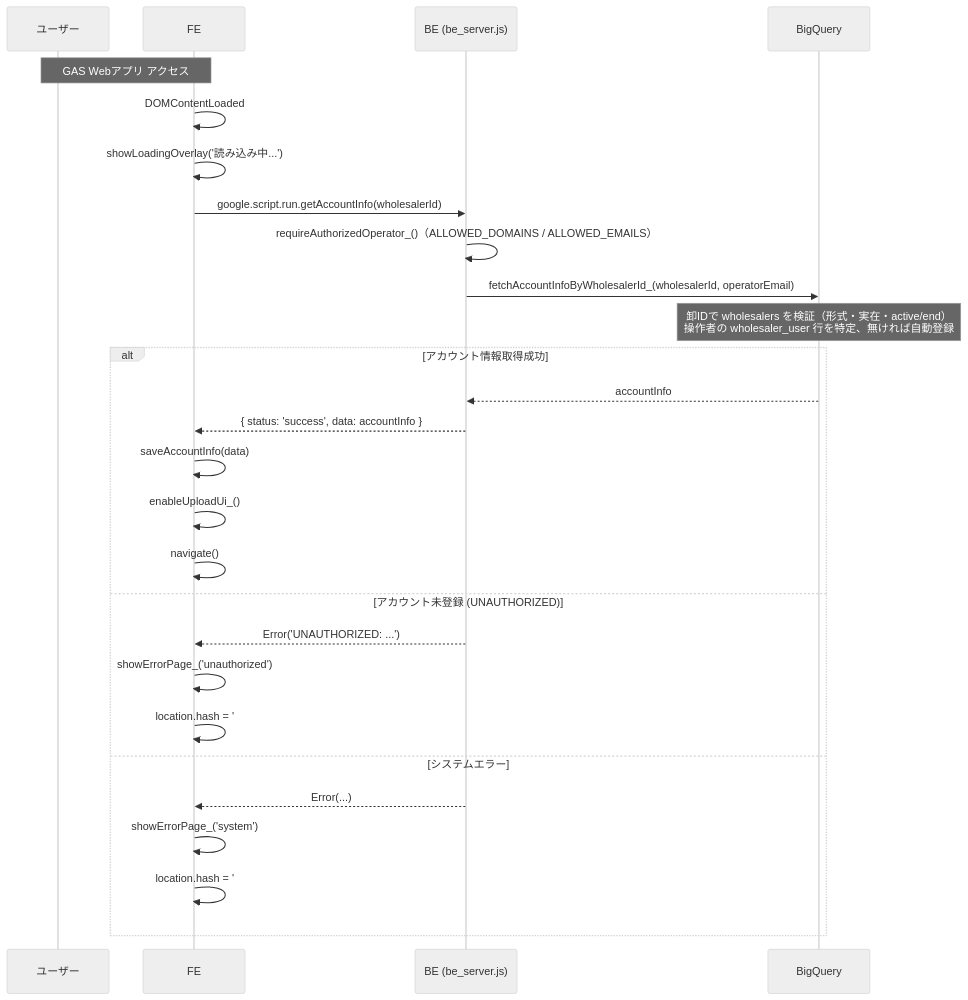
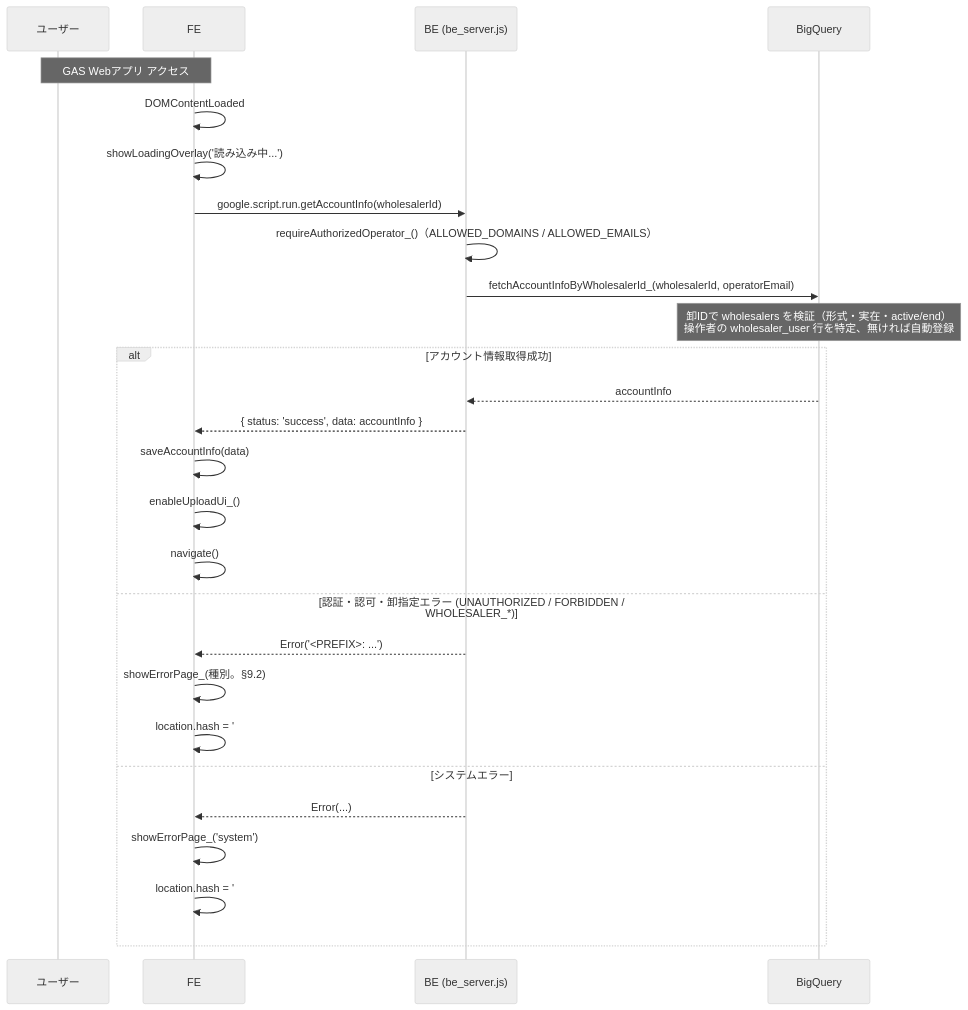
Before and after one commit to USEN-PAY-Products/connect-wholesale-gas-poc: the sixth of 12 diagrams in docs/specifications/05_common.md, drawn with Mermaid (neutral theme). The commit also changed other lines of this file and 8 other files, not shown here.

````diff
--- a/docs/specifications/05_common.md
+++ b/docs/specifications/05_common.md
@@ -231,32 +234,32 @@
 ```mermaid
 sequenceDiagram
     participant U as ユーザー
     participant FE as FE
     participant BE as BE (be_server.js)
     participant BQ as BigQuery
 
     Note over U,FE: GAS Webアプリ アクセス
     FE->>FE: DOMContentLoaded
     FE->>FE: showLoadingOverlay('読み込み中...')
 
     FE->>BE: google.script.run.getAccountInfo(wholesalerId)
     BE->>BE: requireAuthorizedOperator_()（ALLOWED_DOMAINS / ALLOWED_EMAILS）
     BE->>BQ: fetchAccountInfoByWholesalerId_(wholesalerId, operatorEmail)
     Note over BQ: 卸IDで wholesalers を検証（形式・実在・active/end）<br/>操作者の wholesaler_user 行を特定、無ければ自動登録
 
     alt アカウント情報取得成功
         BQ-->>BE: accountInfo
         BE-->>FE: { status: 'success', data: accountInfo }
         FE->>FE: saveAccountInfo(data)
         FE->>FE: enableUploadUi_()
         FE->>FE: navigate()
-    else アカウント未登録 (UNAUTHORIZED)
-        BE-->>FE: Error('UNAUTHORIZED: ...')
-        FE->>FE: showErrorPage_('unauthorized')
+    else 認証・認可・卸指定エラー (UNAUTHORIZED / FORBIDDEN / WHOLESALER_*)
+        BE-->>FE: Error('<PREFIX>: ...')
+        FE->>FE: showErrorPage_(種別。§9.2)
         FE->>FE: location.hash = '#error'
     else システムエラー
         BE-->>FE: Error(...)
         FE->>FE: showErrorPage_('system')
         FE->>FE: location.hash = '#error'
     end
 ```
````
